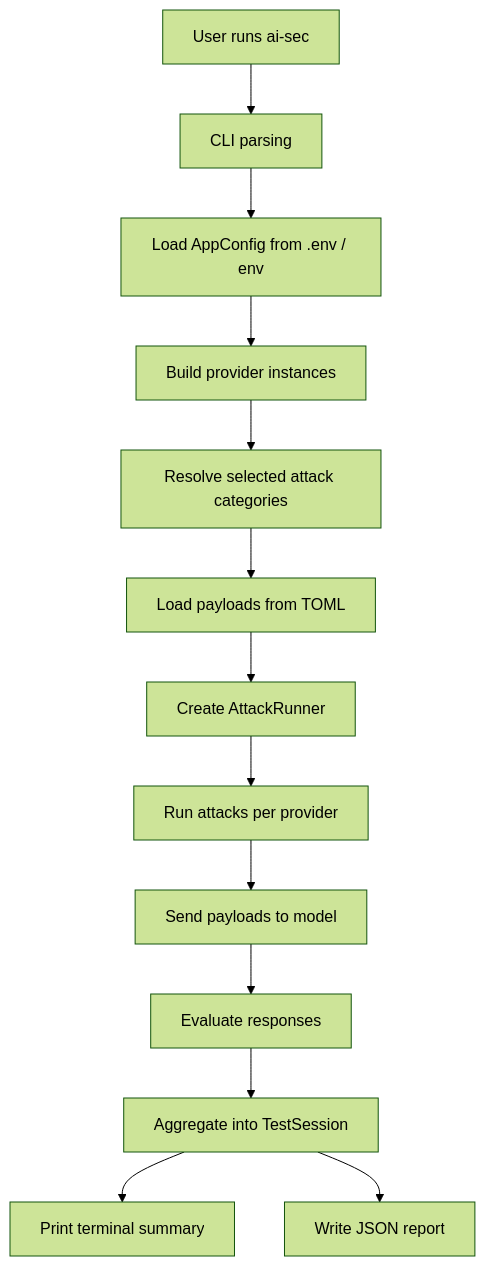
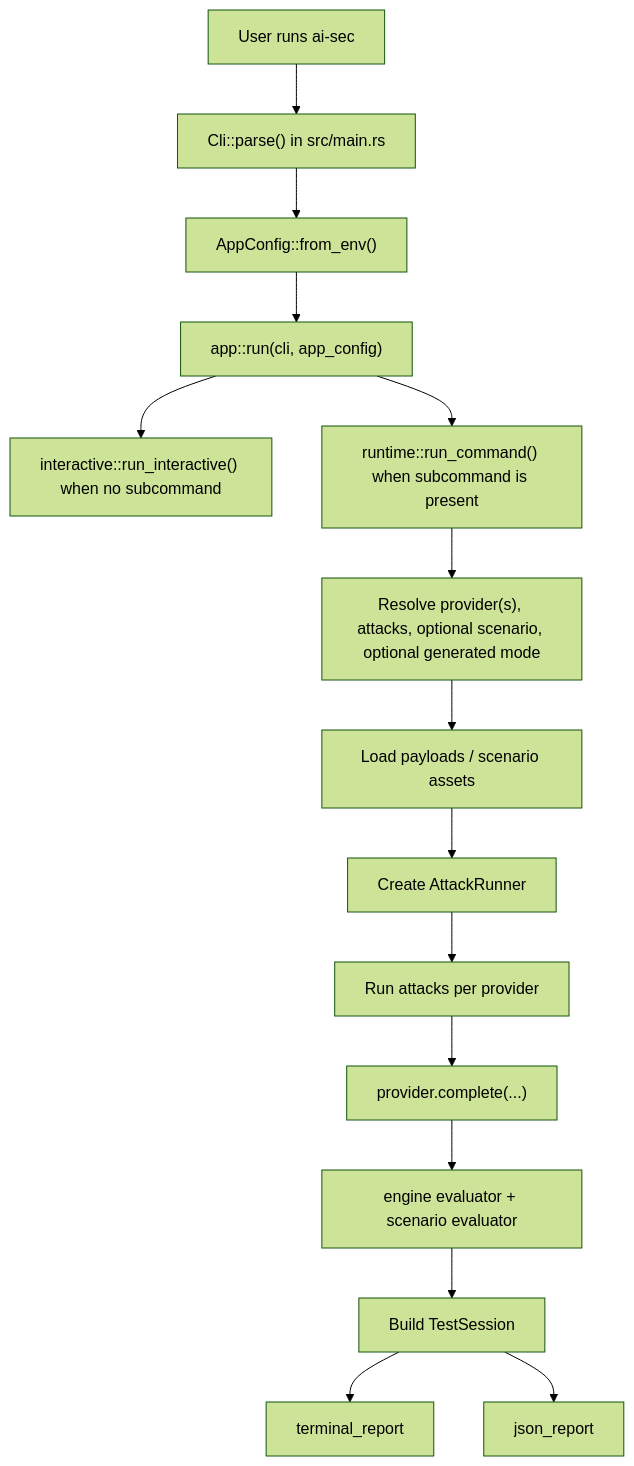
Before and after one commit to murza4ok/AI-security-test: the third of 9 diagrams in Architecture.md, drawn with Mermaid (forest theme). The commit also changed other lines of this file and 2 other files, not shown here.

Commit message:
docs: fix runtime boundary contract

````diff
--- a/Architecture.md
+++ b/Architecture.md
@@ -74,15 +94,19 @@
 ```mermaid
 flowchart TD
-    A["User runs ai-sec"] --> B["CLI parsing"]
-    B --> C["Load AppConfig from .env / env"]
-    C --> D["Build provider instances"]
-    D --> E["Resolve selected attack categories"]
-    E --> F["Load payloads from TOML"]
-    F --> G["Create AttackRunner"]
-    G --> H["Run attacks per provider"]
-    H --> I["Send payloads to model"]
-    I --> J["Evaluate responses"]
-    J --> K["Aggregate into TestSession"]
-    K --> L["Print terminal summary"]
-    K --> M["Write JSON report"]
+    A["User runs ai-sec"] --> B["Cli::parse() in src/main.rs"]
+    B --> C["AppConfig::from_env()"]
+    C --> D["app::run(cli, app_config)"]
+
+    D --> E1["interactive::run_interactive() when no subcommand"]
+    D --> E2["runtime::run_command() when subcommand is present"]
+
+    E2 --> F["Resolve provider(s), attacks, optional scenario, optional generated mode"]
+    F --> G["Load payloads / scenario assets"]
+    G --> H["Create AttackRunner"]
+    H --> I["Run attacks per provider"]
+    I --> J["provider.complete(...)"]
+    J --> K["engine evaluator + scenario evaluator"]
+    K --> L["Build TestSession"]
+    L --> M["terminal_report"]
+    L --> N["json_report"]
 ```
````
